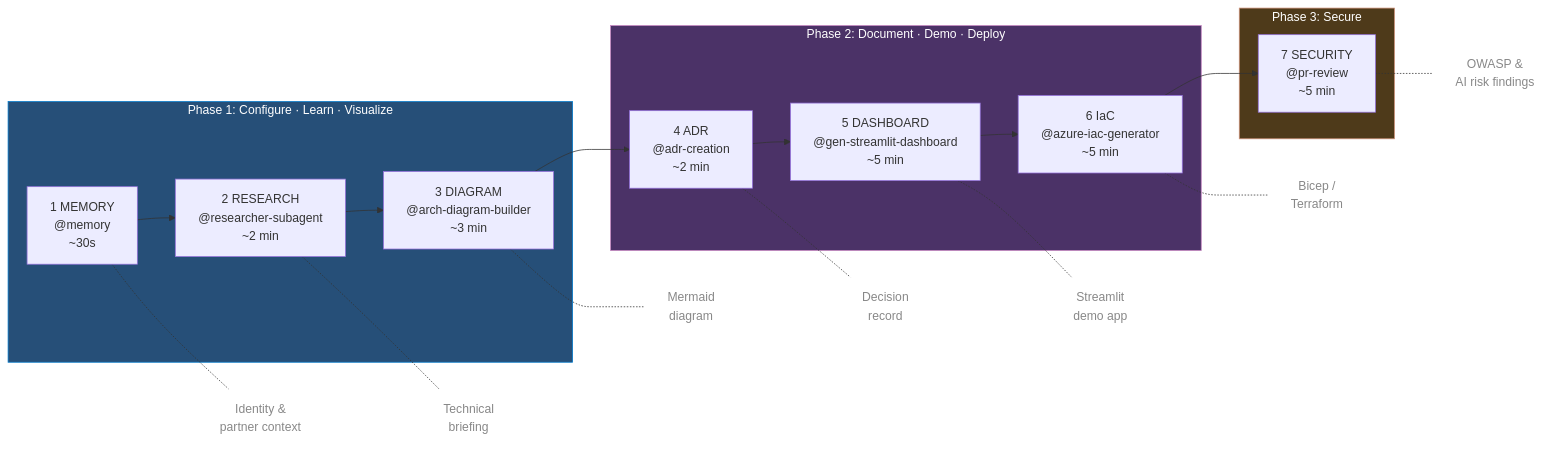
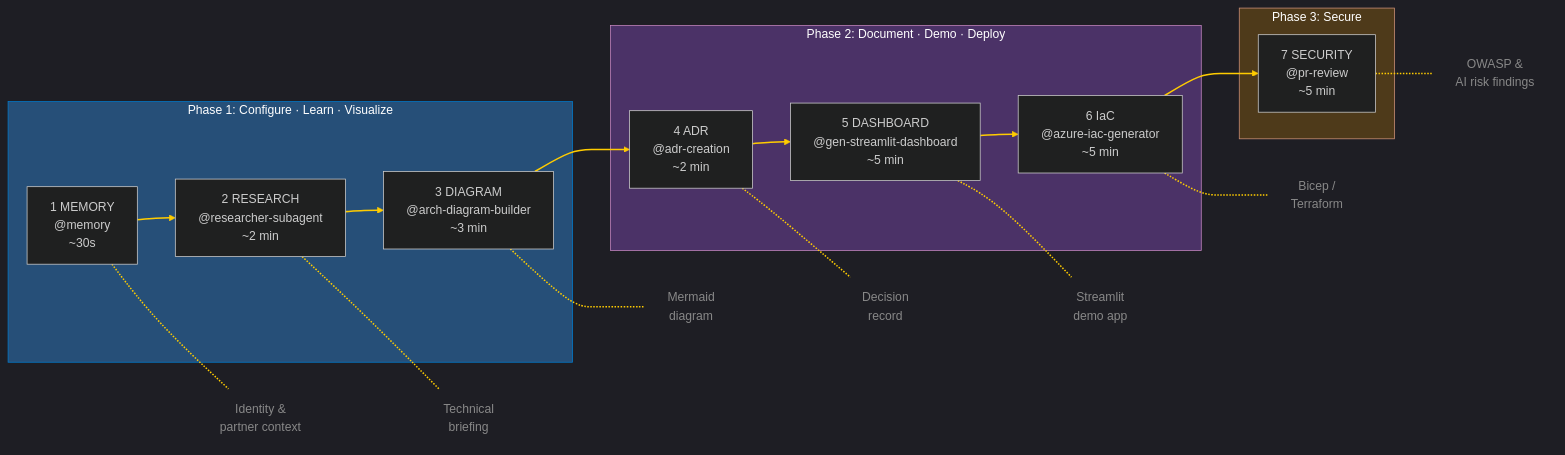
The second of 6 diagrams in psa-walkthrough-extension/README.md (Arturo-Quiroga-MSFT/hypervelocity-engineering), drawn with Mermaid before and after one commit. The commit also changed other lines of this file, not shown here.

First line of the commit message:
style(extension): set yellow lines and dark theme on Mermaid diagrams

````diff
--- a/psa-walkthrough-extension/README.md
+++ b/psa-walkthrough-extension/README.md
@@ -78,40 +80,42 @@
 ```mermaid
+%%{init: {'theme': 'dark', 'themeVariables': {'lineColor': '#ffffff', 'edgeLabelBackground': '#1e1e1e'}}}%%
 flowchart LR
     subgraph P1["Phase 1: Configure · Learn · Visualize"]
         S1["1 MEMORY\n@memory\n~30s"]
         S2["2 RESEARCH\n@researcher-subagent\n~2 min"]
         S3["3 DIAGRAM\n@arch-diagram-builder\n~3 min"]
         S1 --> S2 --> S3
     end
     subgraph P2["Phase 2: Document · Demo · Deploy"]
         S4["4 ADR\n@adr-creation\n~2 min"]
         S5["5 DASHBOARD\n@gen-streamlit-dashboard\n~5 min"]
         S6["6 IaC\n@azure-iac-generator\n~5 min"]
         S4 --> S5 --> S6
     end
     subgraph P3["Phase 3: Secure"]
         S7["7 SECURITY\n@pr-review\n~5 min"]
     end
 
     S3 --> S4
     S6 --> S7
 
     S1 -.- O1["Identity &\npartner context"]
     S2 -.- O2["Technical\nbriefing"]
     S3 -.- O3["Mermaid\ndiagram"]
     S4 -.- O4["Decision\nrecord"]
     S5 -.- O5["Streamlit\ndemo app"]
     S6 -.- O6["Bicep /\nTerraform"]
     S7 -.- O7["OWASP &\nAI risk findings"]
 
     style P1 fill:#264f78,stroke:#007acc,color:#fff
     style P2 fill:#4b3267,stroke:#c586c0,color:#fff
     style P3 fill:#4e3a1a,stroke:#ce9178,color:#fff
     style O1 fill:none,stroke:none,color:#888
     style O2 fill:none,stroke:none,color:#888
     style O3 fill:none,stroke:none,color:#888
     style O4 fill:none,stroke:none,color:#888
     style O5 fill:none,stroke:none,color:#888
     style O6 fill:none,stroke:none,color:#888
     style O7 fill:none,stroke:none,color:#888
+    linkStyle default stroke:#ffcc00,stroke-width:2px
 ```
````
